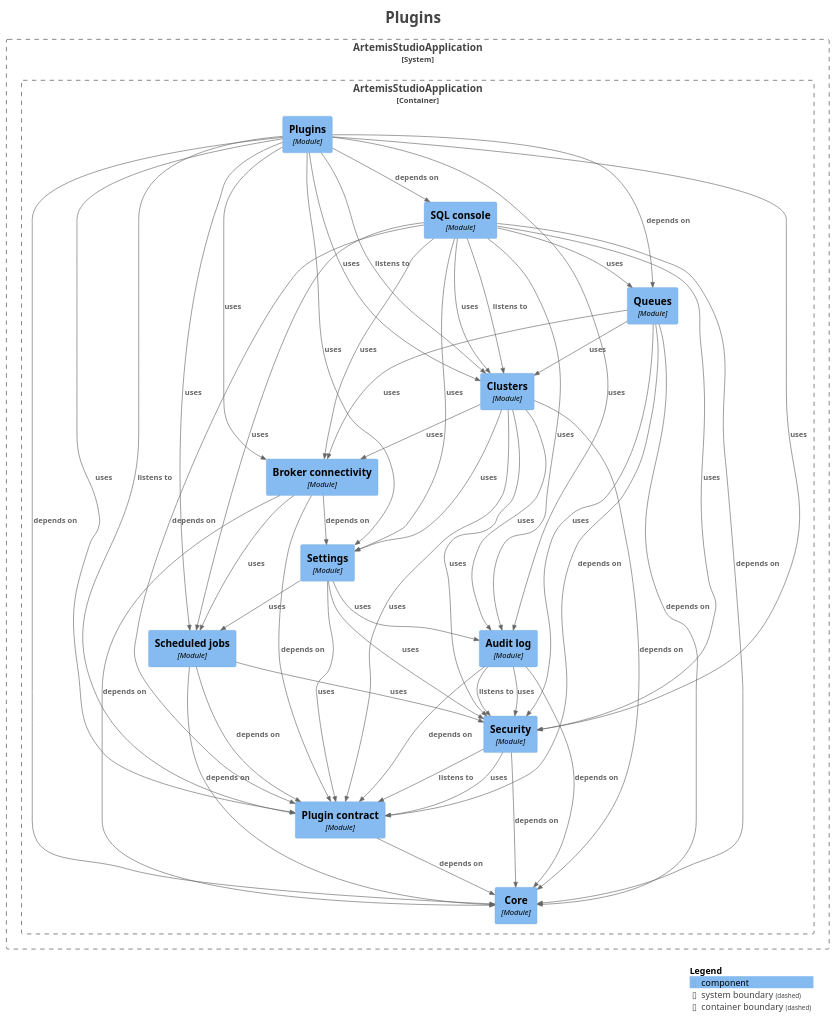
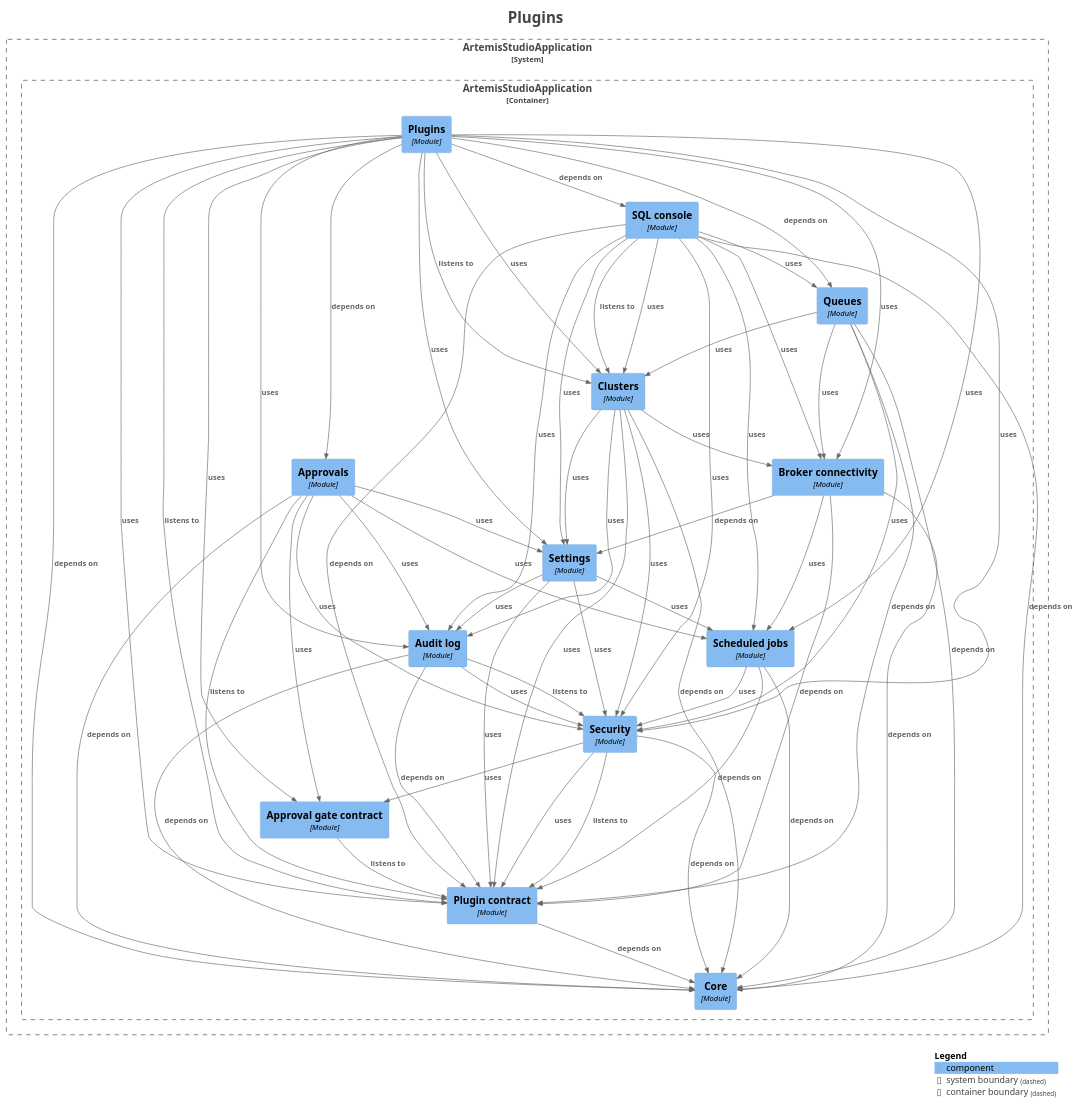
One commit to sudoitir/artemis-studio changed the diagram in docs/modules/module-feature.plugins.puml. Above: the diagram before and after it, drawn with PlantUML. The commit also changed 6 other files, not shown here.

Commit message:
docs(modules): regenerate the module diagrams for the gated access services

```diff
--- a/docs/modules/module-feature.plugins.puml
+++ b/docs/modules/module-feature.plugins.puml
@@ -1,90 +1,103 @@
 @startuml
 title <size:24>Plugins</size>
 
 set separator none
 top to bottom direction
 
 <style>
   root {
     BackgroundColor: #ffffff
     FontColor: #444444
   }
 </style>
 
 !include <C4/C4>
 !include <C4/C4_Context>
 !include <C4/C4_Component>
 
 System_Boundary("ArtemisStudioApplication_boundary", "ArtemisStudioApplication", $tags="") {
   Container_Boundary("ArtemisStudioApplication.ArtemisStudioApplication_boundary", "ArtemisStudioApplication", $tags="") {
+    Component(ArtemisStudioApplication.ArtemisStudioApplication.Approvalgatecontract, "Approval gate contract", $techn="Module", $descr="", $tags="", $link="")
+    Component(ArtemisStudioApplication.ArtemisStudioApplication.Approvals, "Approvals", $techn="Module", $descr="", $tags="", $link="")
     Component(ArtemisStudioApplication.ArtemisStudioApplication.Auditlog, "Audit log", $techn="Module", $descr="", $tags="", $link="")
     Component(ArtemisStudioApplication.ArtemisStudioApplication.Brokerconnectivity, "Broker connectivity", $techn="Module", $descr="", $tags="", $link="")
     Component(ArtemisStudioApplication.ArtemisStudioApplication.Clusters, "Clusters", $techn="Module", $descr="", $tags="", $link="")
     Component(ArtemisStudioApplication.ArtemisStudioApplication.Core, "Core", $techn="Module", $descr="", $tags="", $link="")
     Component(ArtemisStudioApplication.ArtemisStudioApplication.Plugincontract, "Plugin contract", $techn="Module", $descr="", $tags="", $link="")
     Component(ArtemisStudioApplication.ArtemisStudioApplication.Plugins, "Plugins", $techn="Module", $descr="", $tags="", $link="")
     Component(ArtemisStudioApplication.ArtemisStudioApplication.Queues, "Queues", $techn="Module", $descr="", $tags="", $link="")
     Component(ArtemisStudioApplication.ArtemisStudioApplication.SQLconsole, "SQL console", $techn="Module", $descr="", $tags="", $link="")
     Component(ArtemisStudioApplication.ArtemisStudioApplication.Scheduledjobs, "Scheduled jobs", $techn="Module", $descr="", $tags="", $link="")
     Component(ArtemisStudioApplication.ArtemisStudioApplication.Security, "Security", $techn="Module", $descr="", $tags="", $link="")
     Component(ArtemisStudioApplication.ArtemisStudioApplication.Settings, "Settings", $techn="Module", $descr="", $tags="", $link="")
   }
 
 }
 
+Rel(ArtemisStudioApplication.ArtemisStudioApplication.Approvalgatecontract, ArtemisStudioApplication.ArtemisStudioApplication.Plugincontract, "listens to", $techn="", $tags="", $link="")
+Rel(ArtemisStudioApplication.ArtemisStudioApplication.Approvals, ArtemisStudioApplication.ArtemisStudioApplication.Approvalgatecontract, "uses", $techn="", $tags="", $link="")
+Rel(ArtemisStudioApplication.ArtemisStudioApplication.Approvals, ArtemisStudioApplication.ArtemisStudioApplication.Auditlog, "uses", $techn="", $tags="", $link="")
+Rel(ArtemisStudioApplication.ArtemisStudioApplication.Approvals, ArtemisStudioApplication.ArtemisStudioApplication.Core, "depends on", $techn="", $tags="", $link="")
+Rel(ArtemisStudioApplication.ArtemisStudioApplication.Approvals, ArtemisStudioApplication.ArtemisStudioApplication.Plugincontract, "listens to", $techn="", $tags="", $link="")
+Rel(ArtemisStudioApplication.ArtemisStudioApplication.Approvals, ArtemisStudioApplication.ArtemisStudioApplication.Scheduledjobs, "uses", $techn="", $tags="", $link="")
+Rel(ArtemisStudioApplication.ArtemisStudioApplication.Approvals, ArtemisStudioApplication.ArtemisStudioApplication.Security, "uses", $techn="", $tags="", $link="")
+Rel(ArtemisStudioApplication.ArtemisStudioApplication.Approvals, ArtemisStudioApplication.ArtemisStudioApplication.Settings, "uses", $techn="", $tags="", $link="")
 Rel(ArtemisStudioApplication.ArtemisStudioApplication.Auditlog, ArtemisStudioApplication.ArtemisStudioApplication.Core, "depends on", $techn="", $tags="", $link="")
 Rel(ArtemisStudioApplication.ArtemisStudioApplication.Auditlog, ArtemisStudioApplication.ArtemisStudioApplication.Plugincontract, "depends on", $techn="", $tags="", $link="")
 Rel(ArtemisStudioApplication.ArtemisStudioApplication.Auditlog, ArtemisStudioApplication.ArtemisStudioApplication.Security, "listens to", $techn="", $tags="", $link="")
 Rel(ArtemisStudioApplication.ArtemisStudioApplication.Auditlog, ArtemisStudioApplication.ArtemisStudioApplication.Security, "uses", $techn="", $tags="", $link="")
 Rel(ArtemisStudioApplication.ArtemisStudioApplication.Brokerconnectivity, ArtemisStudioApplication.ArtemisStudioApplication.Core, "depends on", $techn="", $tags="", $link="")
 Rel(ArtemisStudioApplication.ArtemisStudioApplication.Brokerconnectivity, ArtemisStudioApplication.ArtemisStudioApplication.Plugincontract, "depends on", $techn="", $tags="", $link="")
 Rel(ArtemisStudioApplication.ArtemisStudioApplication.Brokerconnectivity, ArtemisStudioApplication.ArtemisStudioApplication.Scheduledjobs, "uses", $techn="", $tags="", $link="")
 Rel(ArtemisStudioApplication.ArtemisStudioApplication.Brokerconnectivity, ArtemisStudioApplication.ArtemisStudioApplication.Settings, "depends on", $techn="", $tags="", $link="")
 Rel(ArtemisStudioApplication.ArtemisStudioApplication.Clusters, ArtemisStudioApplication.ArtemisStudioApplication.Auditlog, "uses", $techn="", $tags="", $link="")
 Rel(ArtemisStudioApplication.ArtemisStudioApplication.Clusters, ArtemisStudioApplication.ArtemisStudioApplication.Brokerconnectivity, "uses", $techn="", $tags="", $link="")
 Rel(ArtemisStudioApplication.ArtemisStudioApplication.Clusters, ArtemisStudioApplication.ArtemisStudioApplication.Core, "depends on", $techn="", $tags="", $link="")
 Rel(ArtemisStudioApplication.ArtemisStudioApplication.Clusters, ArtemisStudioApplication.ArtemisStudioApplication.Plugincontract, "uses", $techn="", $tags="", $link="")
 Rel(ArtemisStudioApplication.ArtemisStudioApplication.Clusters, ArtemisStudioApplication.ArtemisStudioApplication.Security, "uses", $techn="", $tags="", $link="")
 Rel(ArtemisStudioApplication.ArtemisStudioApplication.Clusters, ArtemisStudioApplication.ArtemisStudioApplication.Settings, "uses", $techn="", $tags="", $link="")
 Rel(ArtemisStudioApplication.ArtemisStudioApplication.Plugincontract, ArtemisStudioApplication.ArtemisStudioApplication.Core, "depends on", $techn="", $tags="", $link="")
+Rel(ArtemisStudioApplication.ArtemisStudioApplication.Plugins, ArtemisStudioApplication.ArtemisStudioApplication.Approvalgatecontract, "uses", $techn="", $tags="", $link="")
+Rel(ArtemisStudioApplication.ArtemisStudioApplication.Plugins, ArtemisStudioApplication.ArtemisStudioApplication.Approvals, "depends on", $techn="", $tags="", $link="")
 Rel(ArtemisStudioApplication.ArtemisStudioApplication.Plugins, ArtemisStudioApplication.ArtemisStudioApplication.Auditlog, "uses", $techn="", $tags="", $link="")
 Rel(ArtemisStudioApplication.ArtemisStudioApplication.Plugins, ArtemisStudioApplication.ArtemisStudioApplication.Brokerconnectivity, "uses", $techn="", $tags="", $link="")
 Rel(ArtemisStudioApplication.ArtemisStudioApplication.Plugins, ArtemisStudioApplication.ArtemisStudioApplication.Clusters, "listens to", $techn="", $tags="", $link="")
 Rel(ArtemisStudioApplication.ArtemisStudioApplication.Plugins, ArtemisStudioApplication.ArtemisStudioApplication.Clusters, "uses", $techn="", $tags="", $link="")
 Rel(ArtemisStudioApplication.ArtemisStudioApplication.Plugins, ArtemisStudioApplication.ArtemisStudioApplication.Core, "depends on", $techn="", $tags="", $link="")
 Rel(ArtemisStudioApplication.ArtemisStudioApplication.Plugins, ArtemisStudioApplication.ArtemisStudioApplication.Plugincontract, "listens to", $techn="", $tags="", $link="")
 Rel(ArtemisStudioApplication.ArtemisStudioApplication.Plugins, ArtemisStudioApplication.ArtemisStudioApplication.Plugincontract, "uses", $techn="", $tags="", $link="")
 Rel(ArtemisStudioApplication.ArtemisStudioApplication.Plugins, ArtemisStudioApplication.ArtemisStudioApplication.Queues, "depends on", $techn="", $tags="", $link="")
 Rel(ArtemisStudioApplication.ArtemisStudioApplication.Plugins, ArtemisStudioApplication.ArtemisStudioApplication.SQLconsole, "depends on", $techn="", $tags="", $link="")
 Rel(ArtemisStudioApplication.ArtemisStudioApplication.Plugins, ArtemisStudioApplication.ArtemisStudioApplication.Scheduledjobs, "uses", $techn="", $tags="", $link="")
 Rel(ArtemisStudioApplication.ArtemisStudioApplication.Plugins, ArtemisStudioApplication.ArtemisStudioApplication.Security, "uses", $techn="", $tags="", $link="")
 Rel(ArtemisStudioApplication.ArtemisStudioApplication.Plugins, ArtemisStudioApplication.ArtemisStudioApplication.Settings, "uses", $techn="", $tags="", $link="")
 Rel(ArtemisStudioApplication.ArtemisStudioApplication.Queues, ArtemisStudioApplication.ArtemisStudioApplication.Brokerconnectivity, "uses", $techn="", $tags="", $link="")
 Rel(ArtemisStudioApplication.ArtemisStudioApplication.Queues, ArtemisStudioApplication.ArtemisStudioApplication.Clusters, "uses", $techn="", $tags="", $link="")
 Rel(ArtemisStudioApplication.ArtemisStudioApplication.Queues, ArtemisStudioApplication.ArtemisStudioApplication.Core, "depends on", $techn="", $tags="", $link="")
 Rel(ArtemisStudioApplication.ArtemisStudioApplication.Queues, ArtemisStudioApplication.ArtemisStudioApplication.Plugincontract, "depends on", $techn="", $tags="", $link="")
 Rel(ArtemisStudioApplication.ArtemisStudioApplication.Queues, ArtemisStudioApplication.ArtemisStudioApplication.Security, "uses", $techn="", $tags="", $link="")
 Rel(ArtemisStudioApplication.ArtemisStudioApplication.SQLconsole, ArtemisStudioApplication.ArtemisStudioApplication.Auditlog, "uses", $techn="", $tags="", $link="")
 Rel(ArtemisStudioApplication.ArtemisStudioApplication.SQLconsole, ArtemisStudioApplication.ArtemisStudioApplication.Brokerconnectivity, "uses", $techn="", $tags="", $link="")
 Rel(ArtemisStudioApplication.ArtemisStudioApplication.SQLconsole, ArtemisStudioApplication.ArtemisStudioApplication.Clusters, "listens to", $techn="", $tags="", $link="")
 Rel(ArtemisStudioApplication.ArtemisStudioApplication.SQLconsole, ArtemisStudioApplication.ArtemisStudioApplication.Clusters, "uses", $techn="", $tags="", $link="")
 Rel(ArtemisStudioApplication.ArtemisStudioApplication.SQLconsole, ArtemisStudioApplication.ArtemisStudioApplication.Core, "depends on", $techn="", $tags="", $link="")
 Rel(ArtemisStudioApplication.ArtemisStudioApplication.SQLconsole, ArtemisStudioApplication.ArtemisStudioApplication.Plugincontract, "depends on", $techn="", $tags="", $link="")
 Rel(ArtemisStudioApplication.ArtemisStudioApplication.SQLconsole, ArtemisStudioApplication.ArtemisStudioApplication.Queues, "uses", $techn="", $tags="", $link="")
 Rel(ArtemisStudioApplication.ArtemisStudioApplication.SQLconsole, ArtemisStudioApplication.ArtemisStudioApplication.Scheduledjobs, "uses", $techn="", $tags="", $link="")
 Rel(ArtemisStudioApplication.ArtemisStudioApplication.SQLconsole, ArtemisStudioApplication.ArtemisStudioApplication.Security, "uses", $techn="", $tags="", $link="")
 Rel(ArtemisStudioApplication.ArtemisStudioApplication.SQLconsole, ArtemisStudioApplication.ArtemisStudioApplication.Settings, "uses", $techn="", $tags="", $link="")
 Rel(ArtemisStudioApplication.ArtemisStudioApplication.Scheduledjobs, ArtemisStudioApplication.ArtemisStudioApplication.Core, "depends on", $techn="", $tags="", $link="")
 Rel(ArtemisStudioApplication.ArtemisStudioApplication.Scheduledjobs, ArtemisStudioApplication.ArtemisStudioApplication.Plugincontract, "depends on", $techn="", $tags="", $link="")
 Rel(ArtemisStudioApplication.ArtemisStudioApplication.Scheduledjobs, ArtemisStudioApplication.ArtemisStudioApplication.Security, "uses", $techn="", $tags="", $link="")
+Rel(ArtemisStudioApplication.ArtemisStudioApplication.Security, ArtemisStudioApplication.ArtemisStudioApplication.Approvalgatecontract, "uses", $techn="", $tags="", $link="")
 Rel(ArtemisStudioApplication.ArtemisStudioApplication.Security, ArtemisStudioApplication.ArtemisStudioApplication.Core, "depends on", $techn="", $tags="", $link="")
 Rel(ArtemisStudioApplication.ArtemisStudioApplication.Security, ArtemisStudioApplication.ArtemisStudioApplication.Plugincontract, "listens to", $techn="", $tags="", $link="")
 Rel(ArtemisStudioApplication.ArtemisStudioApplication.Security, ArtemisStudioApplication.ArtemisStudioApplication.Plugincontract, "uses", $techn="", $tags="", $link="")
 Rel(ArtemisStudioApplication.ArtemisStudioApplication.Settings, ArtemisStudioApplication.ArtemisStudioApplication.Auditlog, "uses", $techn="", $tags="", $link="")
 Rel(ArtemisStudioApplication.ArtemisStudioApplication.Settings, ArtemisStudioApplication.ArtemisStudioApplication.Plugincontract, "uses", $techn="", $tags="", $link="")
 Rel(ArtemisStudioApplication.ArtemisStudioApplication.Settings, ArtemisStudioApplication.ArtemisStudioApplication.Scheduledjobs, "uses", $techn="", $tags="", $link="")
 Rel(ArtemisStudioApplication.ArtemisStudioApplication.Settings, ArtemisStudioApplication.ArtemisStudioApplication.Security, "uses", $techn="", $tags="", $link="")
 
 SHOW_LEGEND(true)
 hide stereotypes
 @enduml
```
